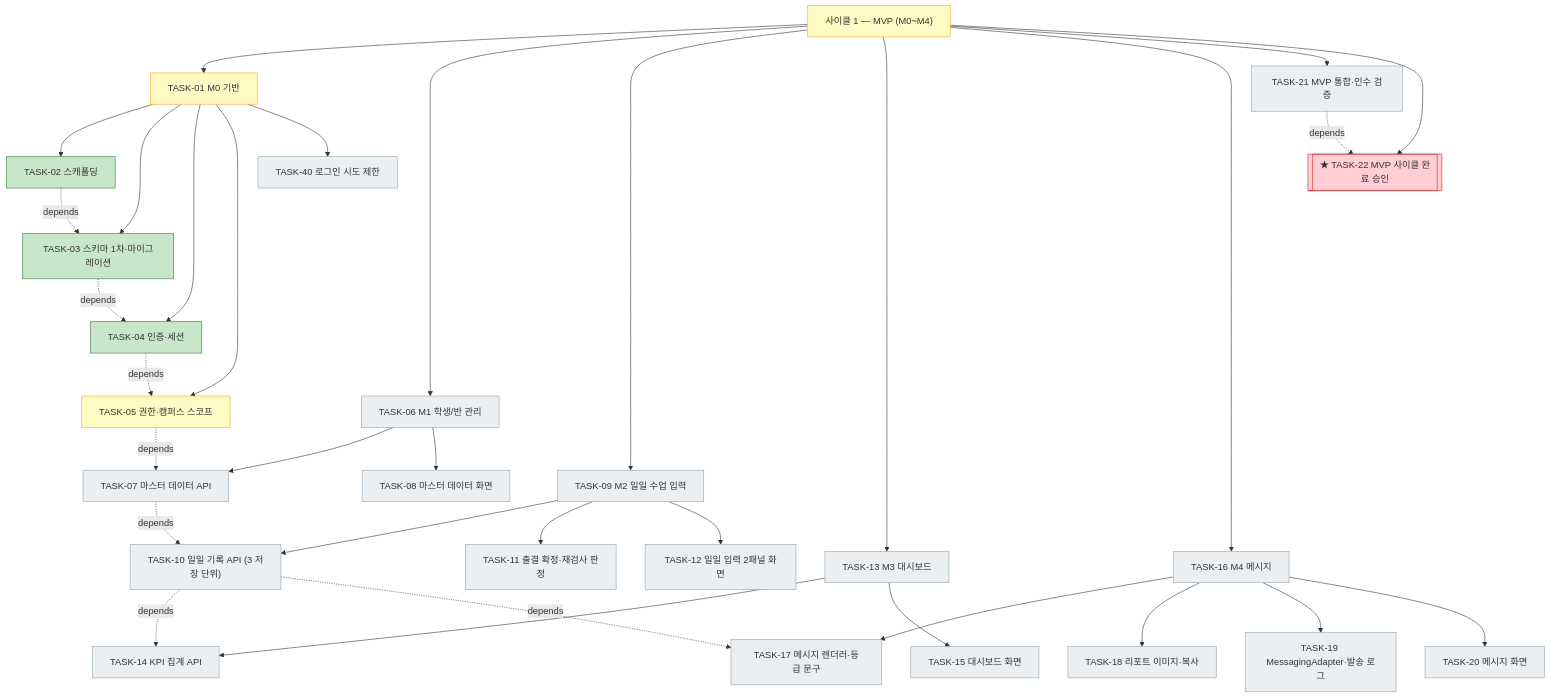
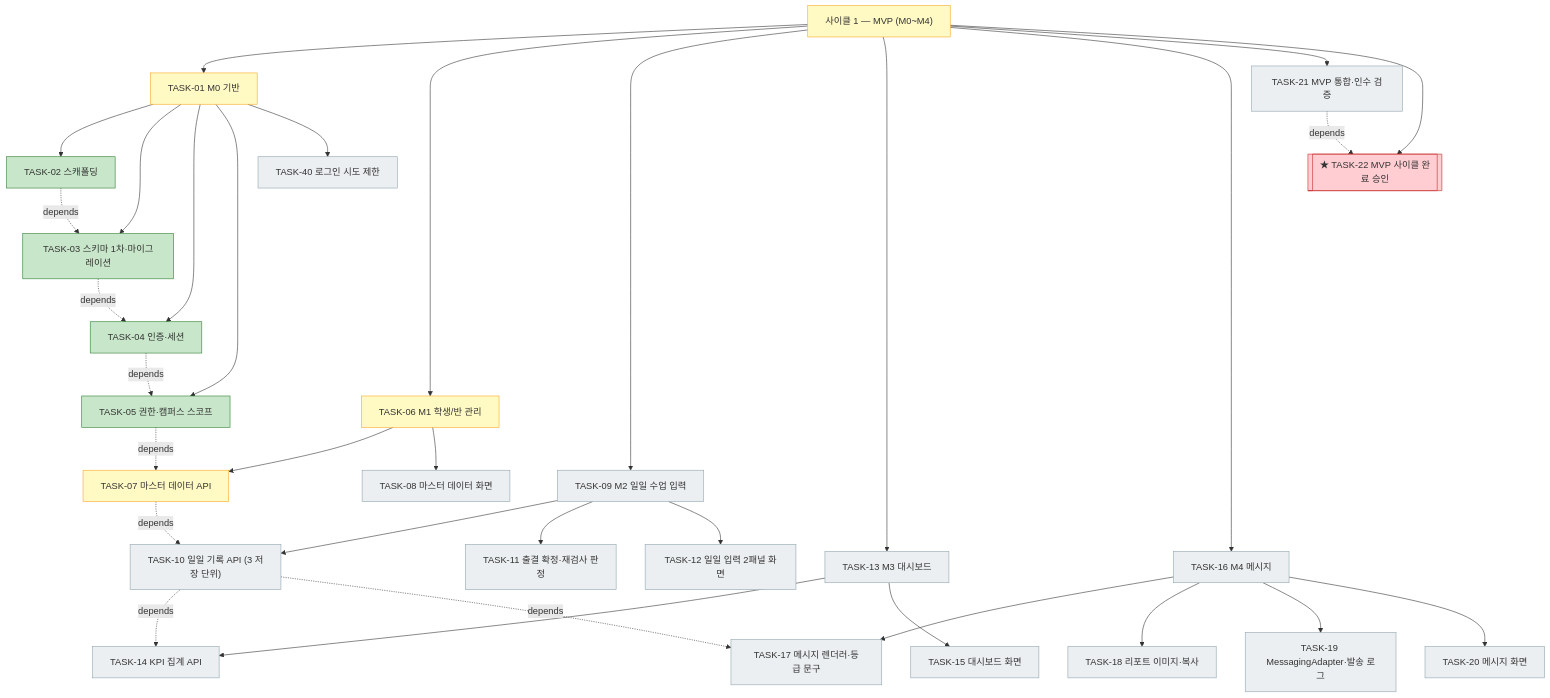
Before and after one commit to bluesky5008/mathdesk: the first of 2 diagrams in docs/plan.md, drawn with Mermaid. The commit also changed other lines of this file and 7 other files, not shown here.

First line of the commit message:
feat(scope): TASK-05 권한·캠퍼스 스코프 강제

````diff
--- a/docs/plan.md
+++ b/docs/plan.md
@@ -100,39 +100,39 @@
 ```mermaid
 flowchart TD
     C1["사이클 1 — MVP (M0~M4)"]:::active
     C1 --> T01["TASK-01 M0 기반"]:::active
     T01 --> T02["TASK-02 스캐폴딩"]:::done
     T01 --> T03["TASK-03 스키마 1차·마이그레이션"]:::done
     T01 --> T04["TASK-04 인증·세션"]:::done
-    T01 --> T05["TASK-05 권한·캠퍼스 스코프"]:::active
+    T01 --> T05["TASK-05 권한·캠퍼스 스코프"]:::done
     T01 --> T40["TASK-40 로그인 시도 제한"]:::todo
-    C1 --> T06["TASK-06 M1 학생/반 관리"]:::todo
-    T06 --> T07["TASK-07 마스터 데이터 API"]:::todo
+    C1 --> T06["TASK-06 M1 학생/반 관리"]:::active
+    T06 --> T07["TASK-07 마스터 데이터 API"]:::active
     T06 --> T08["TASK-08 마스터 데이터 화면"]:::todo
     C1 --> T09["TASK-09 M2 일일 수업 입력"]:::todo
     T09 --> T10["TASK-10 일일 기록 API (3 저장 단위)"]:::todo
     T09 --> T11["TASK-11 출결 확정·재검사 판정"]:::todo
     T09 --> T12["TASK-12 일일 입력 2패널 화면"]:::todo
     C1 --> T13["TASK-13 M3 대시보드"]:::todo
     T13 --> T14["TASK-14 KPI 집계 API"]:::todo
     T13 --> T15["TASK-15 대시보드 화면"]:::todo
     C1 --> T16["TASK-16 M4 메시지"]:::todo
     T16 --> T17["TASK-17 메시지 렌더러·등급 문구"]:::todo
     T16 --> T18["TASK-18 리포트 이미지·복사"]:::todo
     T16 --> T19["TASK-19 MessagingAdapter·발송 로그"]:::todo
     T16 --> T20["TASK-20 메시지 화면"]:::todo
     C1 --> T21["TASK-21 MVP 통합·인수 검증"]:::todo
     C1 --> T22[["★ TASK-22 MVP 사이클 완료 승인"]]:::gate
     T02 -. depends .-> T03
     T03 -. depends .-> T04
     T04 -. depends .-> T05
     T05 -. depends .-> T07
     T07 -. depends .-> T10
     T10 -. depends .-> T14
     T10 -. depends .-> T17
     T21 -. depends .-> T22
     classDef done fill:#c8e6c9,stroke:#2e7d32
     classDef active fill:#fff9c4,stroke:#f9a825
     classDef todo fill:#eceff1,stroke:#90a4ae
     classDef gate fill:#ffcdd2,stroke:#c62828
 ```
````
